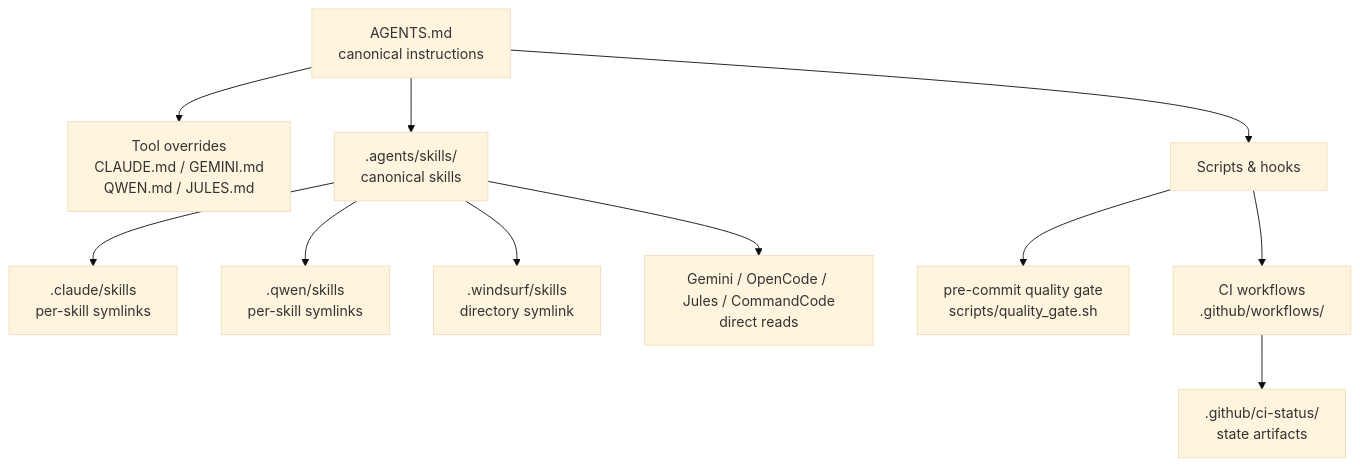
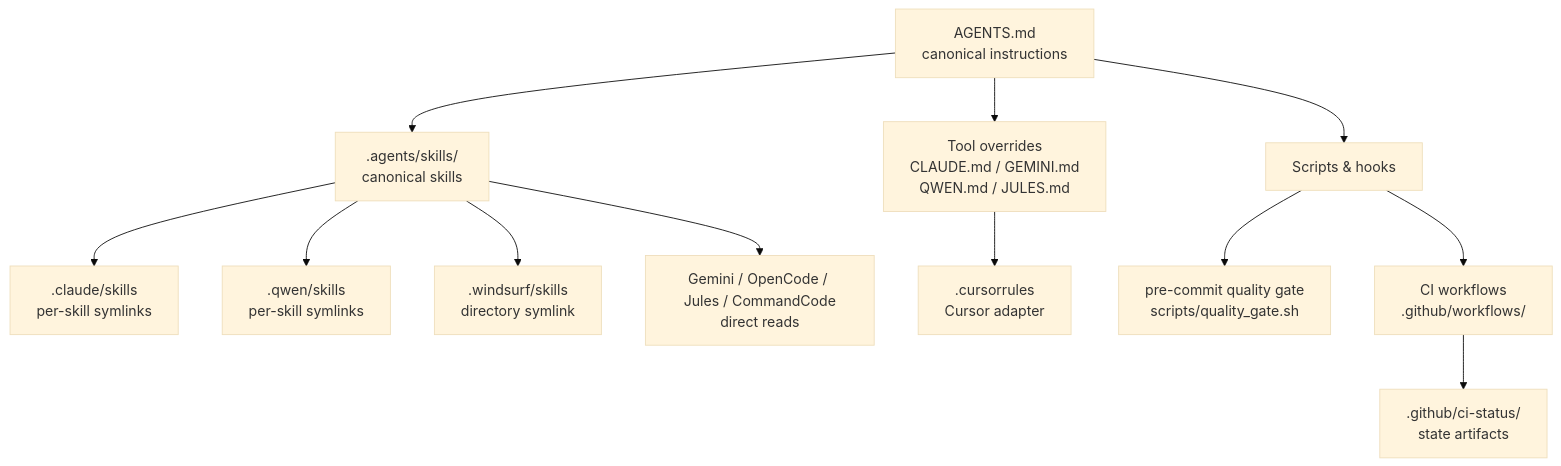
The first of 2 diagrams in README.md (d-o-hub/github-template-ai-agents), drawn with Mermaid (base theme) before and after one commit. The commit also changed other lines of this file and 10 other files, not shown here.

````diff
--- a/README.md
+++ b/README.md
@@ -77,13 +78,14 @@
 ```mermaid
 flowchart TD
     A["AGENTS.md<br/>canonical instructions"] --> B["Tool overrides<br/>CLAUDE.md / GEMINI.md<br/>QWEN.md / JULES.md"]
     A --> C[".agents/skills/<br/>canonical skills"]
     C --> D[".claude/skills<br/>per-skill symlinks"]
     C --> E[".qwen/skills<br/>per-skill symlinks"]
     C --> F[".windsurf/skills<br/>directory symlink"]
     C --> G["Gemini / OpenCode / Jules / CommandCode<br/>direct reads"]
-    A --> H["Scripts & hooks"]
-    H --> I["pre-commit quality gate<br/>scripts/quality_gate.sh"]
-    H --> J["CI workflows<br/>.github/workflows/"]
-    J --> K[".github/ci-status/<br/>state artifacts"]
+    B --> H[".cursorrules<br/>Cursor adapter"]
+    A --> I["Scripts & hooks"]
+    I --> J["pre-commit quality gate<br/>scripts/quality_gate.sh"]
+    I --> K["CI workflows<br/>.github/workflows/"]
+    K --> L[".github/ci-status/<br/>state artifacts"]
 ```
````
